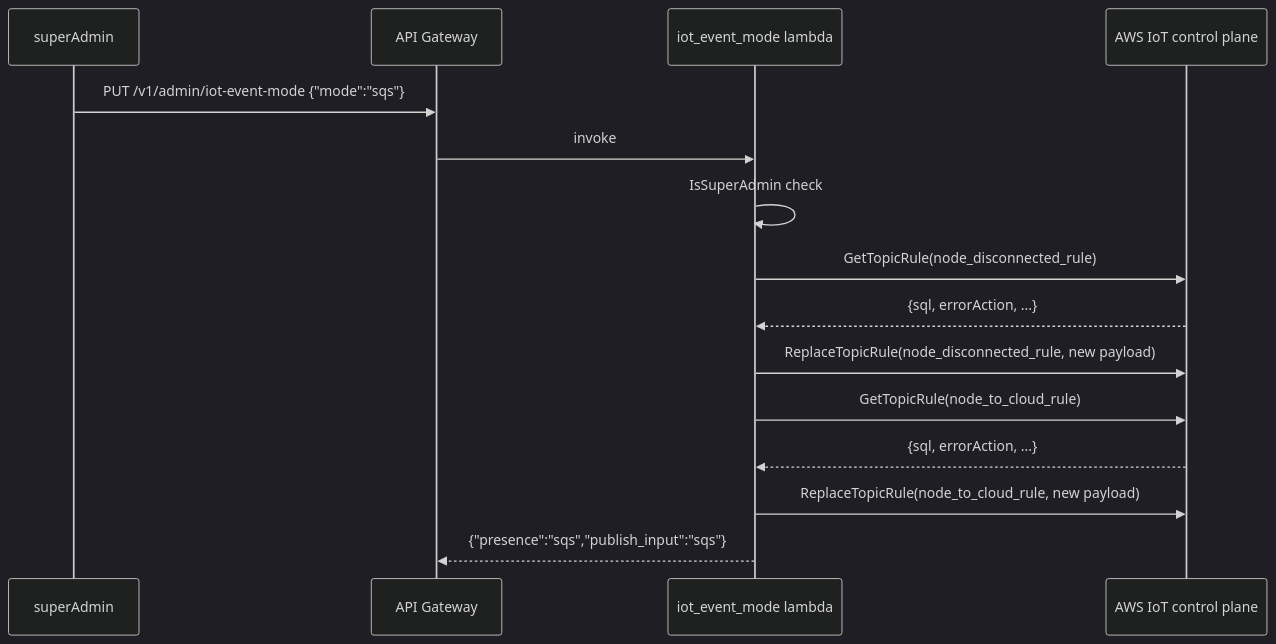
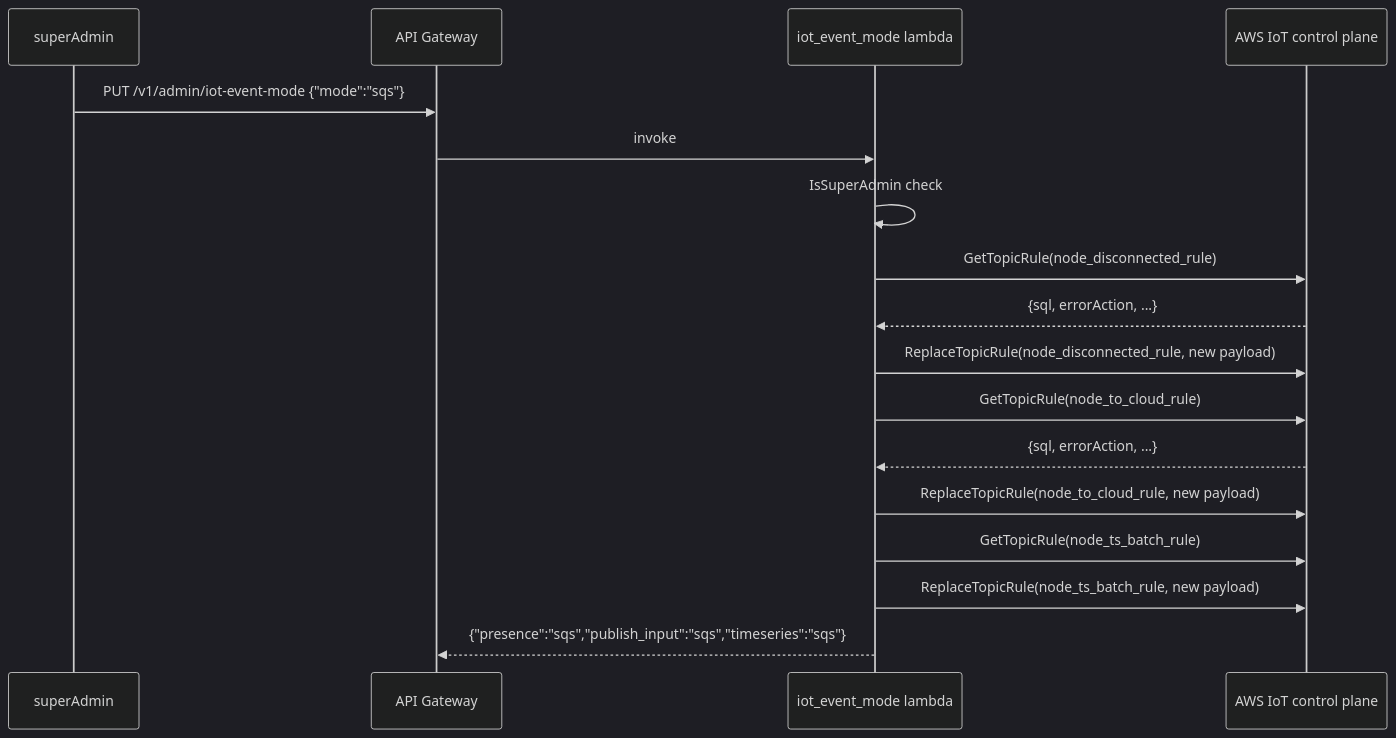
The third of 5 diagrams in docs/en/specs/iot_event_mode.md (espressif/esp-rainmaker-neo), drawn with Mermaid (dark theme) before and after one commit. The commit also changed other lines of this file and 19 other files, not shown here.

````diff
--- a/docs/en/specs/iot_event_mode.md
+++ b/docs/en/specs/iot_event_mode.md
@@ -154,17 +158,19 @@
 ```mermaid
 sequenceDiagram
     participant Admin as superAdmin
     participant API as API Gateway
     participant L as iot_event_mode lambda
     participant IoT as AWS IoT control plane
     Admin->>API: PUT /v1/admin/iot-event-mode {"mode":"sqs"}
     API->>L: invoke
     L->>L: IsSuperAdmin check
     L->>IoT: GetTopicRule(node_disconnected_rule)
     IoT-->>L: {sql, errorAction, ...}
     L->>IoT: ReplaceTopicRule(node_disconnected_rule, new payload)
     L->>IoT: GetTopicRule(node_to_cloud_rule)
     IoT-->>L: {sql, errorAction, ...}
     L->>IoT: ReplaceTopicRule(node_to_cloud_rule, new payload)
-    L-->>API: {"presence":"sqs","publish_input":"sqs"}
+    L->>IoT: GetTopicRule(node_ts_batch_rule)
+    L->>IoT: ReplaceTopicRule(node_ts_batch_rule, new payload)
+    L-->>API: {"presence":"sqs","publish_input":"sqs","timeseries":"sqs"}
 ```
````
